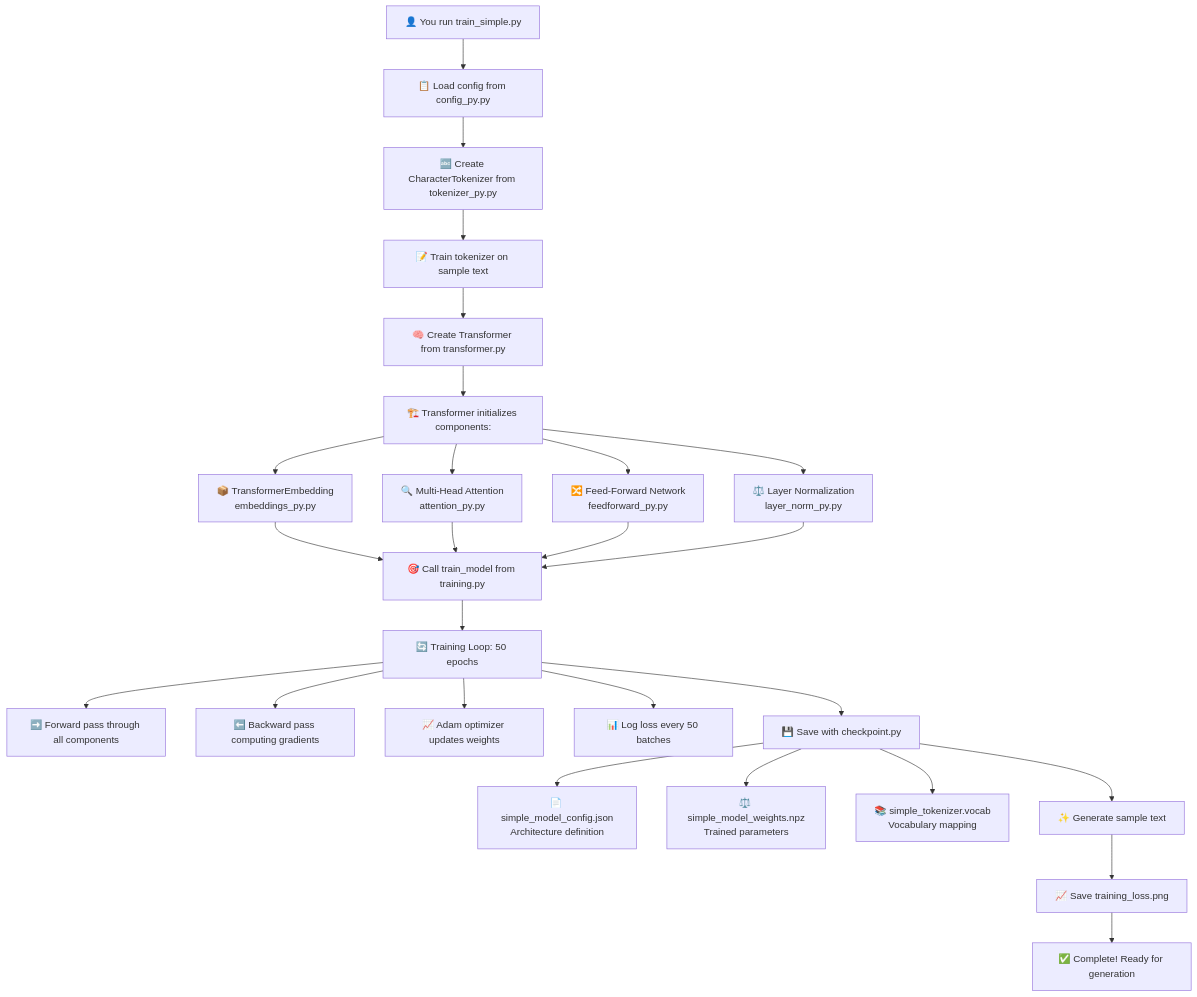
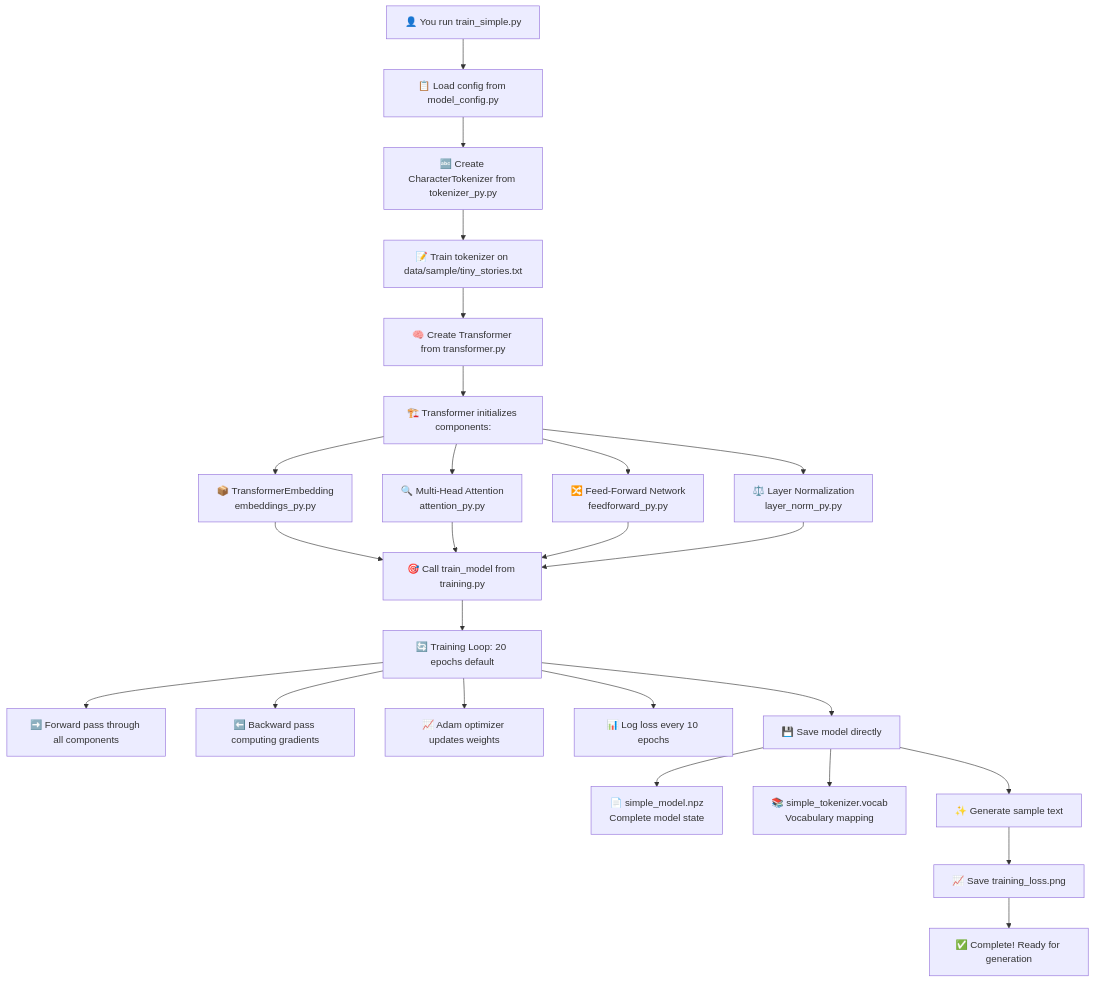
Before and after one commit to joeloliver/positron: the diagram in positron-transformer/README.md, drawn with Mermaid. The commit also changed other lines of this file and 1 other file, not shown here.

````diff
--- a/positron-transformer/README.md
+++ b/positron-transformer/README.md
@@ -83,33 +83,32 @@
 ```mermaid
 graph TD
-    A[👤 You run train_simple.py] --> B[📋 Load config from config_py.py]
+    A[👤 You run train_simple.py] --> B[📋 Load config from model_config.py]
     B --> C[🔤 Create CharacterTokenizer from tokenizer_py.py]
-    C --> D[📝 Train tokenizer on sample text]
+    C --> D[📝 Train tokenizer on data/sample/tiny_stories.txt]
     D --> E[🧠 Create Transformer from transformer.py]
-    
+
     E --> F[🏗️ Transformer initializes components:]
     F --> F1[📦 TransformerEmbedding<br/>embeddings_py.py]
     F --> F2[🔍 Multi-Head Attention<br/>attention_py.py]
     F --> F3[🔀 Feed-Forward Network<br/>feedforward_py.py]
     F --> F4[⚖️ Layer Normalization<br/>layer_norm_py.py]
-    
+
     F1 --> G[🎯 Call train_model from training.py]
     F2 --> G
     F3 --> G
     F4 --> G
-    
-    G --> H[🔄 Training Loop: 50 epochs]
+
+    G --> H[🔄 Training Loop: 20 epochs default]
     H --> H1[➡️ Forward pass through all components]
     H --> H2[⬅️ Backward pass computing gradients]
     H --> H3[📈 Adam optimizer updates weights]
-    H --> H4[📊 Log loss every 50 batches]
-    
-    H --> I[💾 Save with checkpoint.py]
-    I --> I1[📄 simple_model_config.json<br/>Architecture definition]
-    I --> I2[⚖️ simple_model_weights.npz<br/>Trained parameters]
-    I --> I3[📚 simple_tokenizer.vocab<br/>Vocabulary mapping]
-    
+    H --> H4[📊 Log loss every 10 epochs]
+
+    H --> I[💾 Save model directly]
+    I --> I1[📄 simple_model.npz<br/>Complete model state]
+    I --> I2[📚 simple_tokenizer.vocab<br/>Vocabulary mapping]
+
     I --> J[✨ Generate sample text]
     J --> K[📈 Save training_loss.png]
     K --> L[✅ Complete! Ready for generation]
 ```
````
